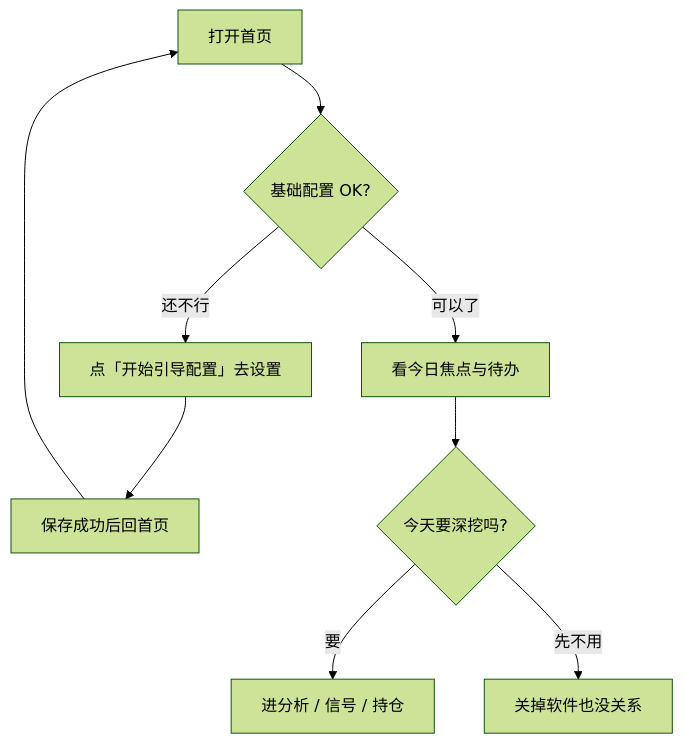
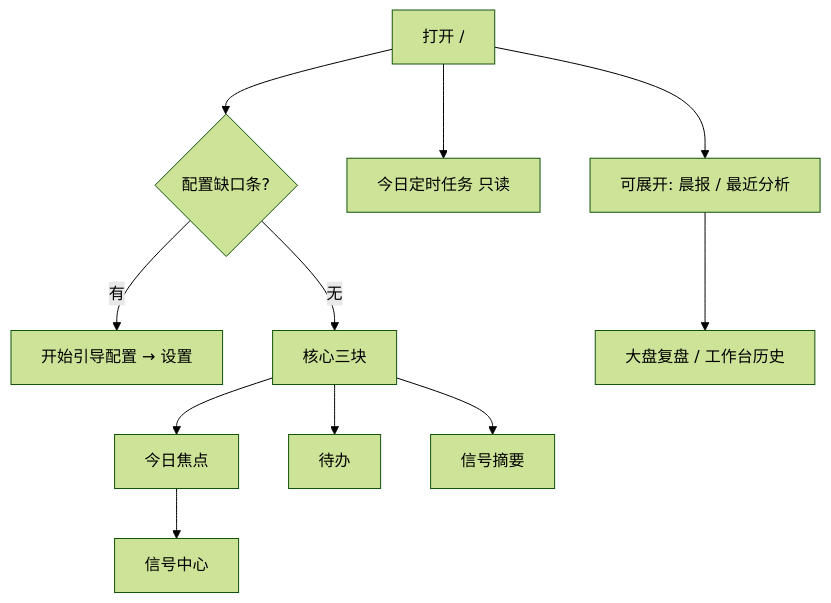
One commit to SiinXu/stock-pulse-ai changed the first of 3 diagrams in docs/ui-manual/02-home.md. Above: the diagram before and after it, drawn with Mermaid (forest theme). The commit also changed other lines of this file and 73 other files, not shown here.

First line of the commit message:
docs(ui-manual): deepen modules with scenarios, tone pass, and figure placeholders

````diff
--- a/docs/ui-manual/02-home.md
+++ b/docs/ui-manual/02-home.md
@@ -45,11 +26,13 @@
 ```mermaid
 flowchart TD
-  A[打开首页] --> B{基础配置 OK?}
-  B -->|还不行| C[点「开始引导配置」去设置]
-  C --> D[保存成功后回首页]
-  D --> A
-  B -->|可以了| E[看今日焦点与待办]
-  E --> F{今天要深挖吗?}
-  F -->|要| G[进分析 / 信号 / 持仓]
-  F -->|先不用| H[关掉软件也没关系]
+  A[打开 /] --> B{配置缺口条?}
+  B -->|有| C[开始引导配置 → 设置]
+  B -->|无| D[核心三块]
+  D --> E[今日焦点]
+  D --> F[待办]
+  D --> G[信号摘要]
+  A --> H[今日定时任务 只读]
+  A --> I[可展开: 晨报 / 最近分析]
+  E --> J[信号中心]
+  I --> K[大盘复盘 / 工作台历史]
 ```
````
